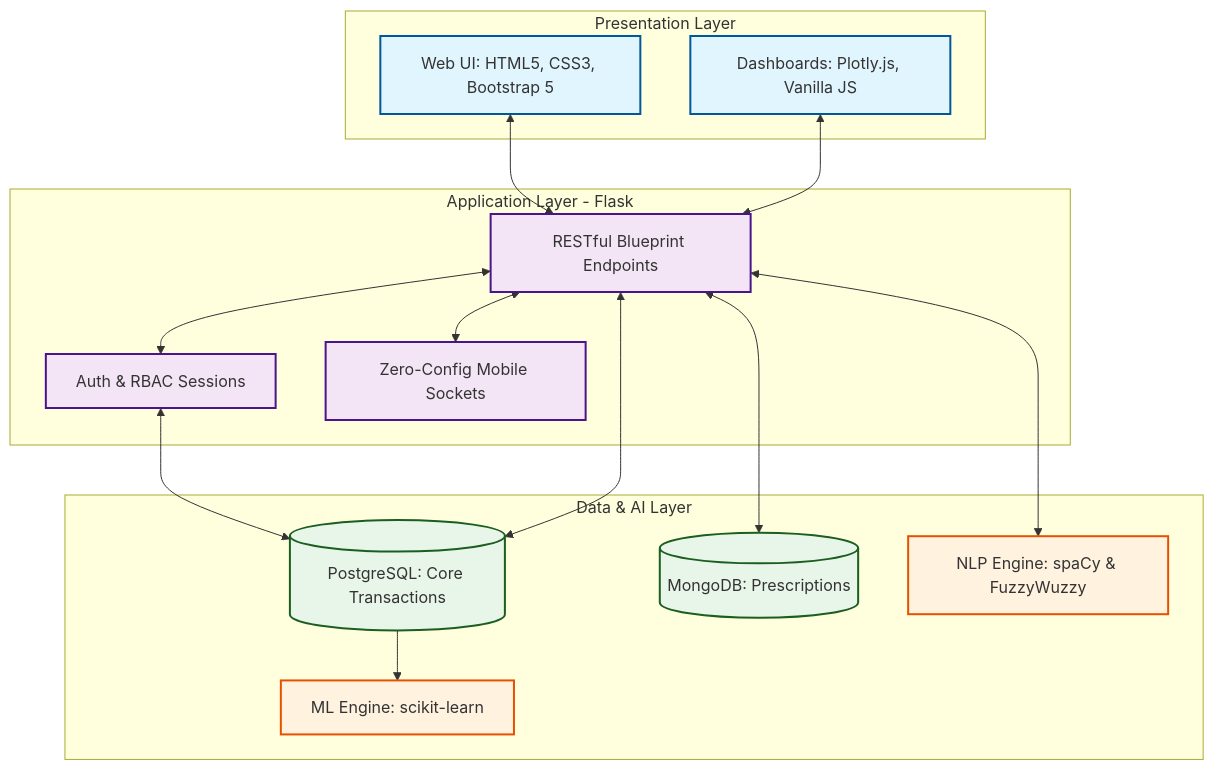
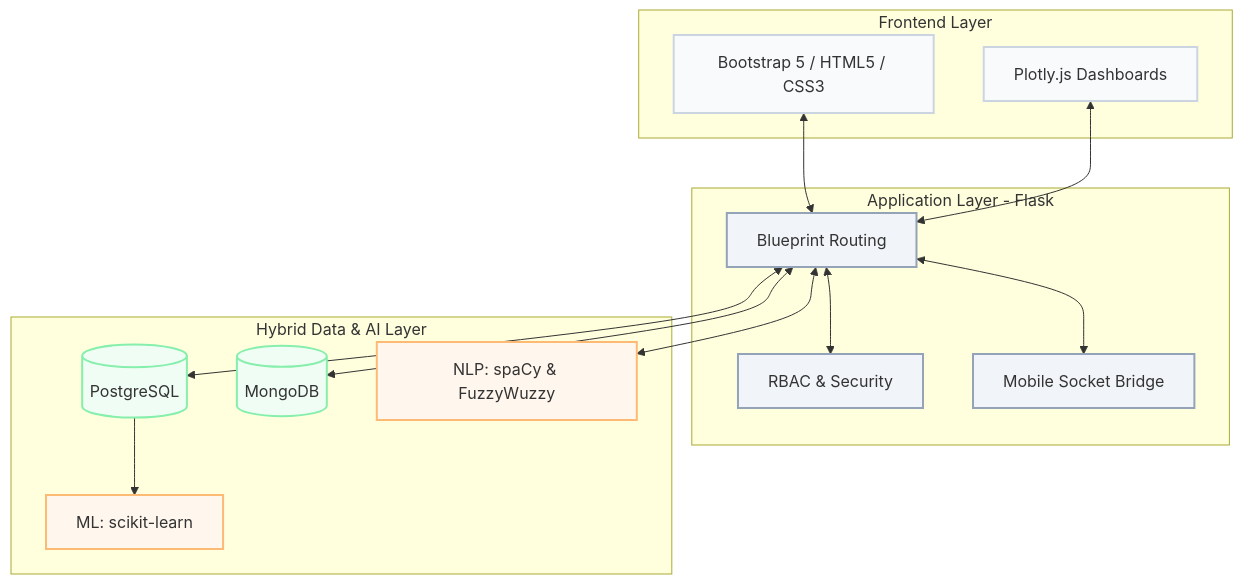
Before and after one commit to MBTeja122/Pharmacy-management-DBMS: the first of 2 diagrams in README.md, drawn with Mermaid. The commit also changed other lines of this file, not shown here.

````diff
--- a/README.md
+++ b/README.md
@@ -34,38 +60,30 @@
 ```mermaid
 graph TD
-    %% Styling
-    classDef frontend fill:#e1f5fe,stroke:#01579b,stroke-width:2px;
-    classDef backend fill:#f3e5f5,stroke:#4a148c,stroke-width:2px;
-    classDef database fill:#e8f5e9,stroke:#1b5e20,stroke-width:2px;
-    classDef ai fill:#fff3e0,stroke:#e65100,stroke-width:2px;
+    classDef frontend fill:#f8fafc,stroke:#cbd5e1,stroke-width:2px;
+    classDef backend fill:#f1f5f9,stroke:#94a3b8,stroke-width:2px;
+    classDef database fill:#f0fdf4,stroke:#86efac,stroke-width:2px;
+    classDef ai fill:#fff7ed,stroke:#fdba74,stroke-width:2px;
 
-    %% Nodes
-    subgraph Presentation_Layer [Presentation Layer]
-        UI[Web UI: HTML5, CSS3, Bootstrap 5]:::frontend
-        Viz[Dashboards: Plotly.js, Vanilla JS]:::frontend
+    subgraph Presentation [Frontend Layer]
+        UI[Bootstrap 5 / HTML5 / CSS3]:::frontend
+        Viz[Plotly.js Dashboards]:::frontend
     end
 
-    subgraph Application_Layer [Application Layer - Flask]
-        Auth[Auth & RBAC Sessions]:::backend
-        API[RESTful Blueprint Endpoints]:::backend
-        Sockets[Zero-Config Mobile Sockets]:::backend
+    subgraph App [Application Layer - Flask]
+        Auth[RBAC & Security]:::backend
+        API[Blueprint Routing]:::backend
+        Sockets[Mobile Socket Bridge]:::backend
     end
 
-    subgraph Data_AI_Layer [Data & AI Layer]
-        SQL[(PostgreSQL: Core Transactions)]:::database
-        NoSQL[(MongoDB: Prescriptions)]:::database
-        ML[ML Engine: scikit-learn]:::ai
-        NLP[NLP Engine: spaCy & FuzzyWuzzy]:::ai
+    subgraph DB [Hybrid Data & AI Layer]
+        SQL[(PostgreSQL)]:::database
+        NoSQL[(MongoDB)]:::database
+        ML[ML: scikit-learn]:::ai
+        NLP[NLP: spaCy & FuzzyWuzzy]:::ai
     end
 
-    %% Connections
-    UI <--> API
-    Viz <--> API
-    API <--> Auth
-    Auth <--> SQL
-    API <--> SQL
-    API <--> NoSQL
-    API <--> Sockets
+    UI & Viz <--> API
+    API <--> Auth & Sockets
+    API <--> SQL & NoSQL & NLP
     SQL --> ML
-    API <--> NLP
 ```
````
